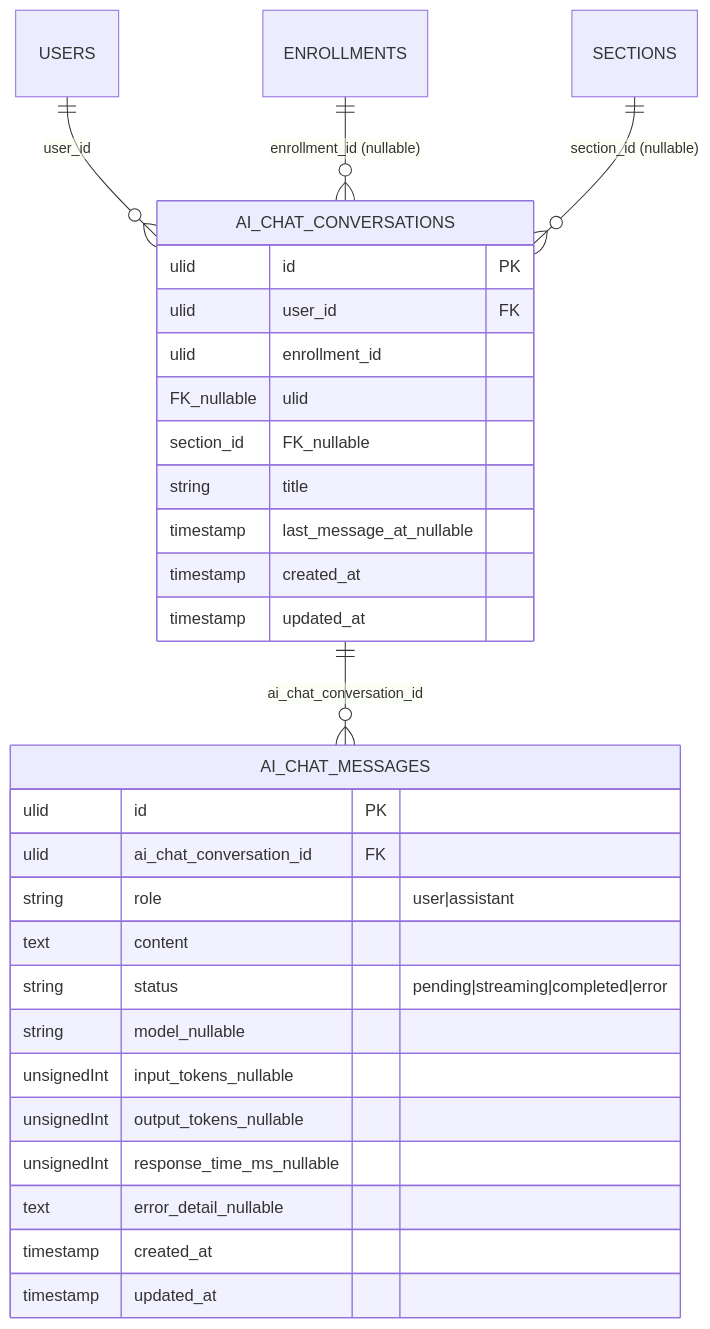
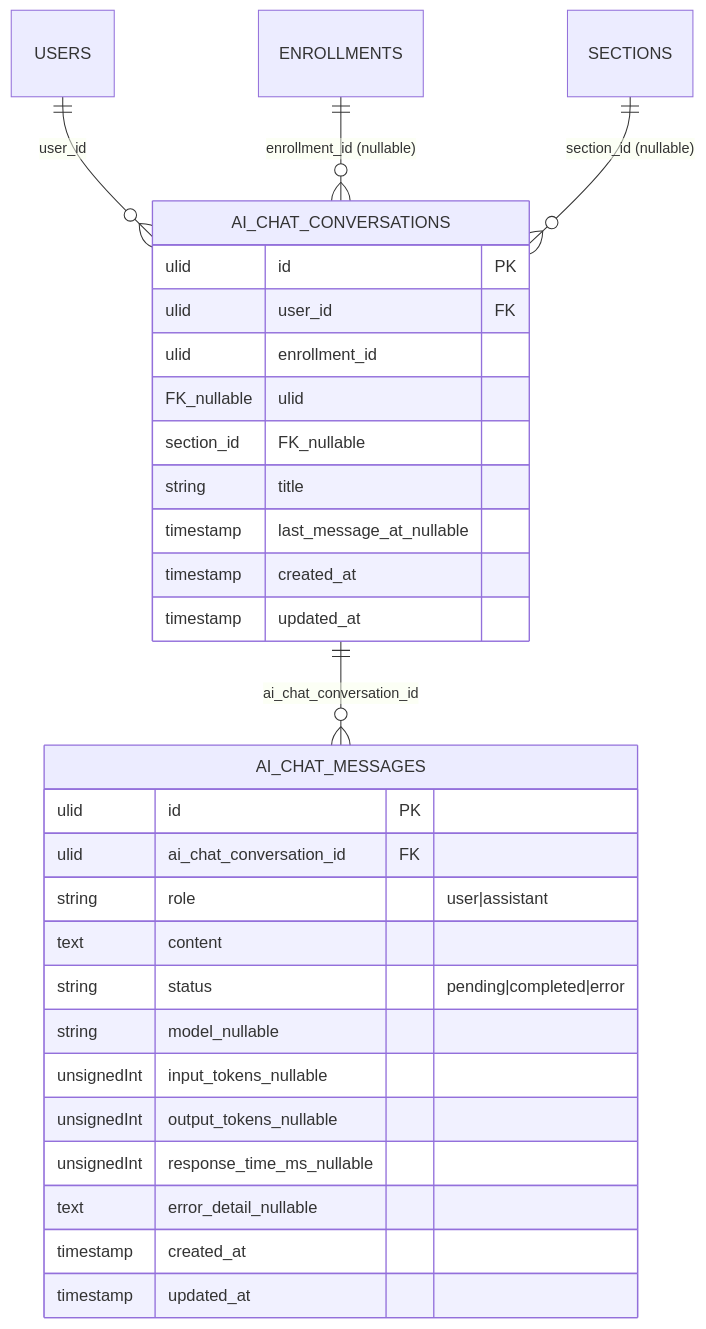
The third of 4 diagrams in docs/specs/ai-chat/design.md (coachtech-mockcase-second/ExampleAnswer-mockcase-CertifyLMS), drawn with Mermaid before and after one commit. The commit also changed other lines of this file and 236 other files, not shown here.

````diff
--- a/docs/specs/ai-chat/design.md
+++ b/docs/specs/ai-chat/design.md
@@ -222,33 +145,33 @@
 ```mermaid
 erDiagram
     USERS ||--o{ AI_CHAT_CONVERSATIONS : "user_id"
     ENROLLMENTS ||--o{ AI_CHAT_CONVERSATIONS : "enrollment_id (nullable)"
     SECTIONS ||--o{ AI_CHAT_CONVERSATIONS : "section_id (nullable)"
     AI_CHAT_CONVERSATIONS ||--o{ AI_CHAT_MESSAGES : "ai_chat_conversation_id"
 
     AI_CHAT_CONVERSATIONS {
         ulid id PK
         ulid user_id FK
         ulid enrollment_id FK_nullable
         ulid section_id FK_nullable
         string title
         timestamp last_message_at_nullable
         timestamp created_at
         timestamp updated_at
     }
 
     AI_CHAT_MESSAGES {
         ulid id PK
         ulid ai_chat_conversation_id FK
         string role "user|assistant"
         text content
-        string status "pending|streaming|completed|error"
+        string status "pending|completed|error"
         string model_nullable
         unsignedInt input_tokens_nullable
         unsignedInt output_tokens_nullable
         unsignedInt response_time_ms_nullable
         text error_detail_nullable
         timestamp created_at
         timestamp updated_at
     }
 ```
````
